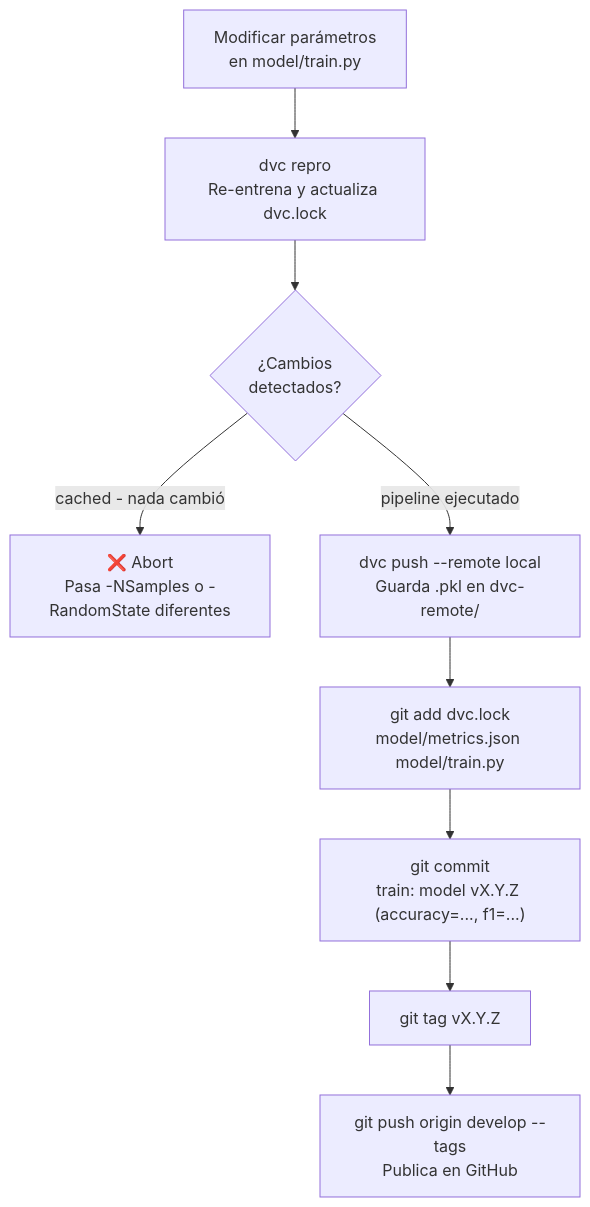
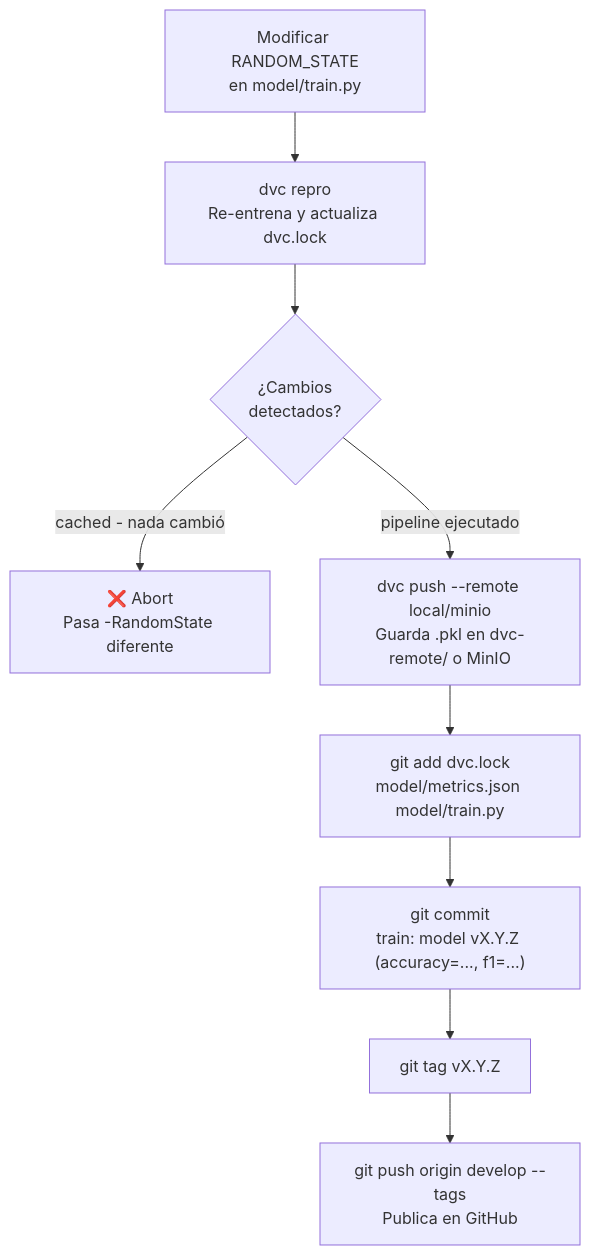
The first of 2 diagrams in docs/versioning.md (VSXR/PipelineModeling), drawn with Mermaid before and after one commit. The commit also changed other lines of this file and 32 other files, not shown here.

````diff
--- a/docs/versioning.md
+++ b/docs/versioning.md
@@ -18,11 +18,11 @@
 ```mermaid
 flowchart TD
-    A["Modificar parámetros\nen model/train.py"] --> B["dvc repro\nRe-entrena y actualiza dvc.lock"]
+    A["Modificar RANDOM_STATE\nen model/train.py"] --> B["dvc repro\nRe-entrena y actualiza dvc.lock"]
     B --> C{¿Cambios\ndetectados?}
-    C -->|cached - nada cambió| D["❌ Abort\nPasa -NSamples o -RandomState diferentes"]
-    C -->|pipeline ejecutado| E["dvc push --remote local\nGuarda .pkl en dvc-remote/"]
+    C -->|cached - nada cambió| D["❌ Abort\nPasa -RandomState diferente"]
+    C -->|pipeline ejecutado| E["dvc push --remote local/minio\nGuarda .pkl en dvc-remote/ o MinIO"]
     E --> F["git add dvc.lock\nmodel/metrics.json model/train.py"]
     F --> G["git commit\ntrain: model vX.Y.Z (accuracy=..., f1=...)"]
     G --> H["git tag vX.Y.Z"]
     H --> I["git push origin develop --tags\nPublica en GitHub"]
 ```
````
